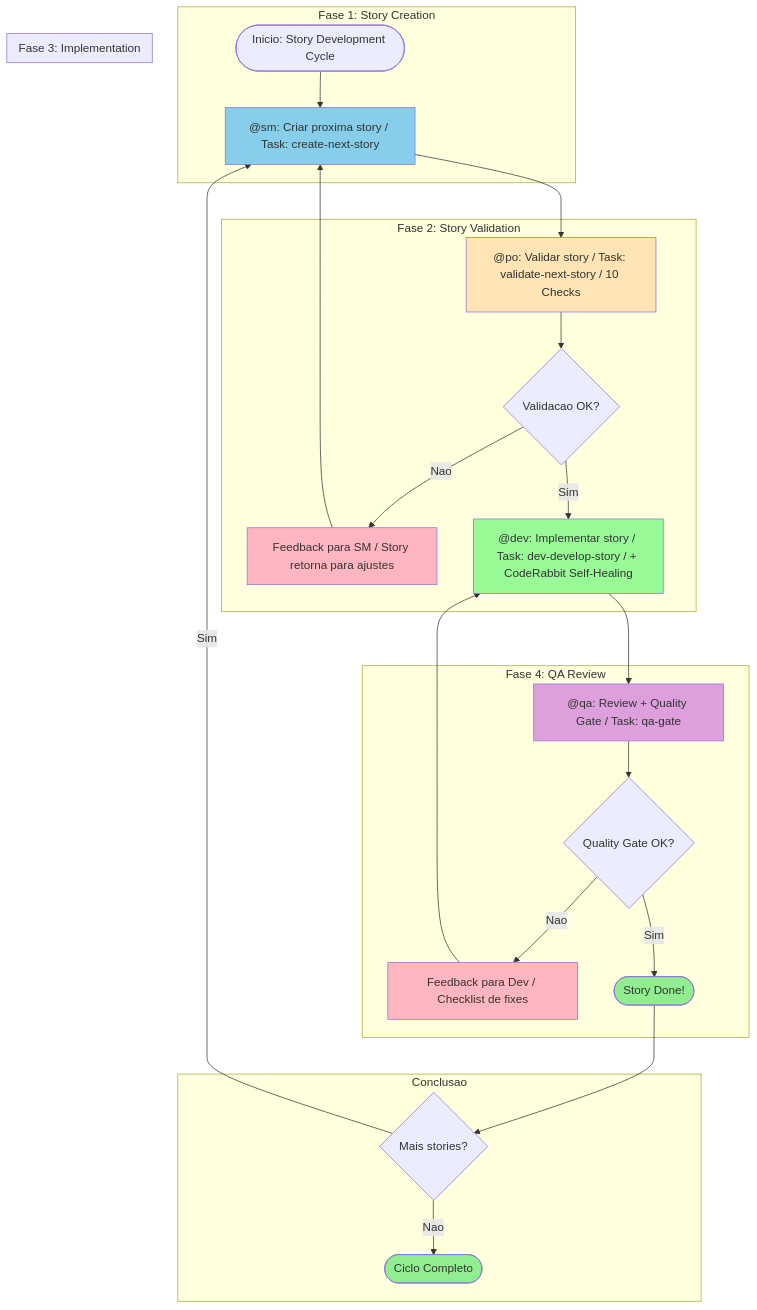
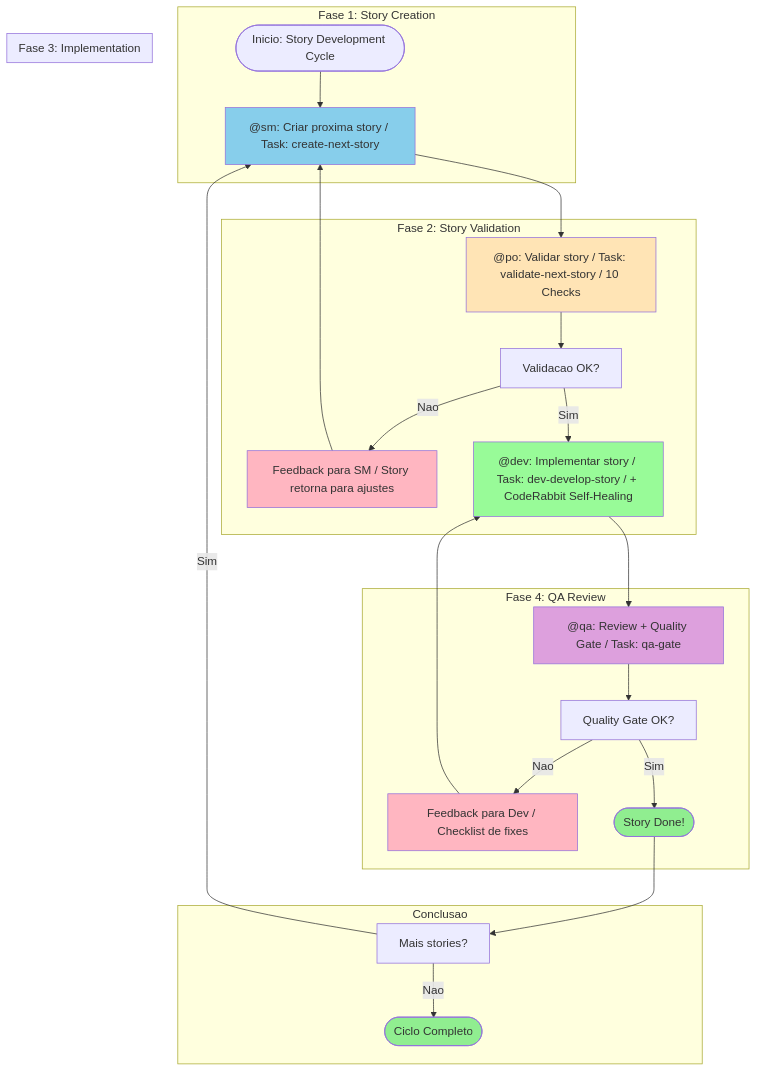
Before and after one commit to bychrisr/aios-docs: the first of 7 diagrams in content/en/docs/guides/workflows/STORY-DEVELOPMENT-CYCLE-WORKFLOW.mdx, drawn with Mermaid. The commit also changed other lines of this file and 40 other files, not shown here.

````diff
--- a/content/en/docs/guides/workflows/STORY-DEVELOPMENT-CYCLE-WORKFLOW.mdx
+++ b/content/en/docs/guides/workflows/STORY-DEVELOPMENT-CYCLE-WORKFLOW.mdx
@@ -39,43 +39,43 @@
 ```mermaid
 flowchart TD
     subgraph PHASE_1["Fase 1: Story Creation"]
         START([Inicio: Story Development Cycle]) --> SM_CREATE
         SM_CREATE["@sm: Criar proxima story / Task: create-next-story"]
     end
 
     subgraph PHASE_2["Fase 2: Story Validation"]
         SM_CREATE --> PO_VALIDATE["@po: Validar story / Task: validate-next-story / 10 Checks"]
-        PO_VALIDATE --> VALID_DECISION{Validacao OK?}
+        PO_VALIDATE --> VALID_DECISION[Validacao OK?]
         VALID_DECISION -->|Nao| FEEDBACK_SM["Feedback para SM / Story retorna para ajustes"]
         FEEDBACK_SM --> SM_CREATE
         VALID_DECISION -->|Sim| DEV_IMPLEMENT
     end
 
     subgraph PHASE_3["Fase 3: Implementation"]
         DEV_IMPLEMENT["@dev: Implementar story / Task: dev-develop-story / + CodeRabbit Self-Healing"]
     end
 
     subgraph PHASE_4["Fase 4: QA Review"]
         DEV_IMPLEMENT --> QA_REVIEW["@qa: Review + Quality Gate / Task: qa-gate"]
-        QA_REVIEW --> QA_DECISION{Quality Gate OK?}
+        QA_REVIEW --> QA_DECISION[Quality Gate OK?]
         QA_DECISION -->|Nao| FEEDBACK_DEV["Feedback para Dev / Checklist de fixes"]
         FEEDBACK_DEV --> DEV_IMPLEMENT
         QA_DECISION -->|Sim| STORY_DONE
     end
 
     subgraph COMPLETION["Conclusao"]
         STORY_DONE([Story Done!])
-        STORY_DONE --> MORE_STORIES{Mais stories?}
+        STORY_DONE --> MORE_STORIES[Mais stories?]
         MORE_STORIES -->|Sim| SM_CREATE
         MORE_STORIES -->|Nao| CYCLE_COMPLETE([Ciclo Completo])
     end
 
     style CYCLE_COMPLETE fill:#90EE90
     style STORY_DONE fill:#90EE90
     style SM_CREATE fill:#87CEEB
     style PO_VALIDATE fill:#FFE4B5
     style DEV_IMPLEMENT fill:#98FB98
     style QA_REVIEW fill:#DDA0DD
     style FEEDBACK_SM fill:#FFB6C1
     style FEEDBACK_DEV fill:#FFB6C1
 ```
````
